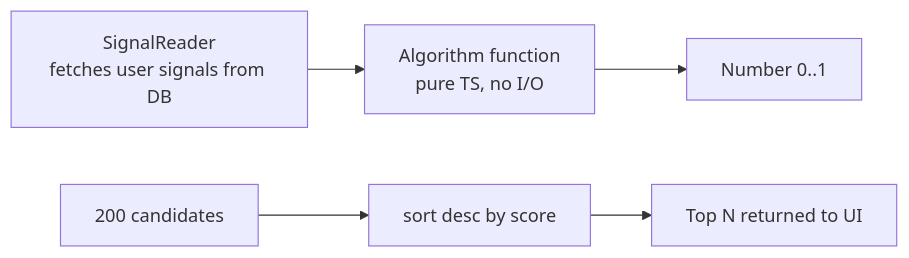
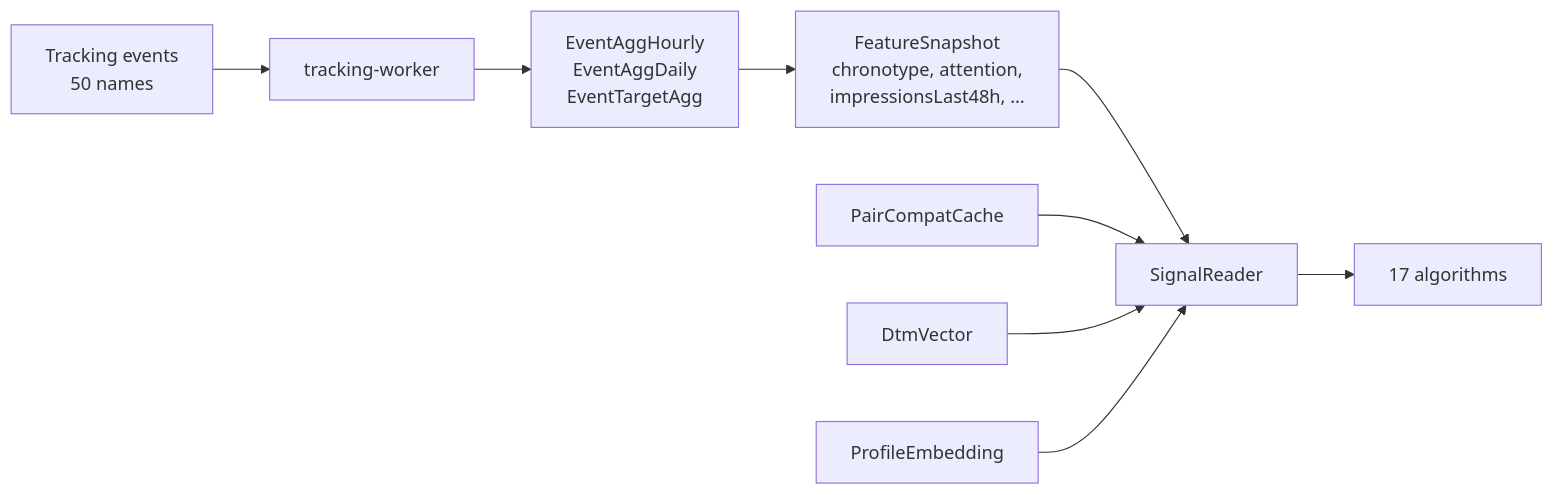
One commit to shashisingh007/Miamo changed the diagram in docs/ALGORITHMS.md. Above: the diagram before and after it, drawn with Mermaid. The commit also changed other lines of this file and 1 other file, not shown here.

First line of the commit message:
docs: exhaustive TRACKING + ALGORITHMS — full event catalogue (50 events, 10 families) and complete algorithm weights

````diff
--- a/docs/ALGORITHMS.md
+++ b/docs/ALGORITHMS.md
@@ -45,7 +609,11 @@
 ```mermaid
 flowchart LR
-    Reader[SignalReader<br/>fetches user signals from DB] --> Algo[Algorithm function<br/>pure TS, no I/O]
-    Algo --> Score[Number 0..1]
-    Many[200 candidates] --> Sort[sort desc by score]
-    Sort --> Top[Top N returned to UI]
+    Events[Tracking events<br/>50 names] --> Worker[tracking-worker]
+    Worker --> Agg[EventAggHourly<br/>EventAggDaily<br/>EventTargetAgg]
+    Agg --> Feat[FeatureSnapshot<br/>chronotype, attention,<br/>impressionsLast48h, …]
+    Feat --> Reader[SignalReader]
+    Compat[PairCompatCache] --> Reader
+    Dtm[DtmVector] --> Reader
+    Emb[ProfileEmbedding] --> Reader
+    Reader --> Algos[17 algorithms]
 ```
````
